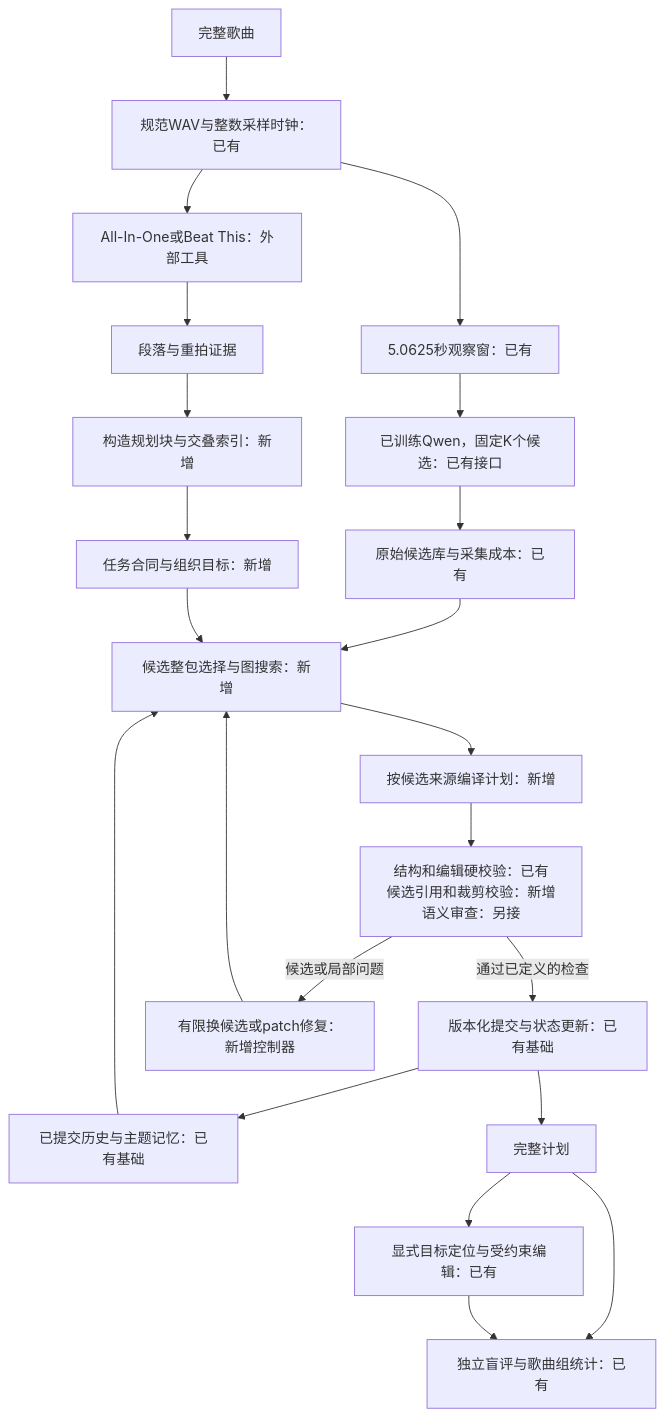
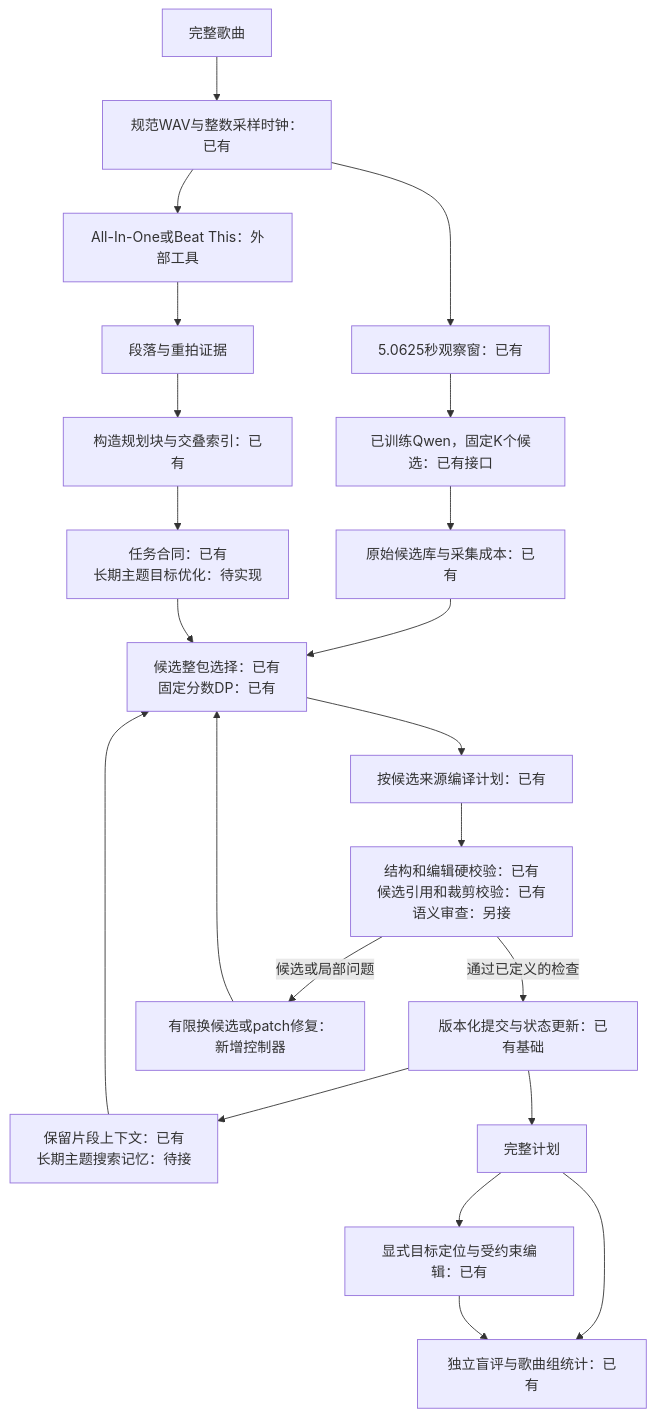
Before and after one commit to Anachronism-N/H3-posttrain: the diagram in choreobench/docs/HARNESS_DESIGN_zh.md, drawn with Mermaid. The commit also changed other lines of this file and 20 other files, not shown here.

````diff
--- a/choreobench/docs/HARNESS_DESIGN_zh.md
+++ b/choreobench/docs/HARNESS_DESIGN_zh.md
@@ -24,24 +24,24 @@
 ```mermaid
 flowchart TD
     A["完整歌曲"] --> B["规范WAV与整数采样时钟：已有"]
     B --> C["All-In-One或Beat This：外部工具"]
     C --> D["段落与重拍证据"]
-    D --> E["构造规划块与交叠索引：新增"]
+    D --> E["构造规划块与交叠索引：已有"]
     B --> F["5.0625秒观察窗：已有"]
     F --> G["已训练Qwen，固定K个候选：已有接口"]
     G --> H["原始候选库与采集成本：已有"]
-    E --> I["任务合同与组织目标：新增"]
-    H --> J["候选整包选择与图搜索：新增"]
+    E --> I["任务合同：已有<br/>长期主题目标优化：待实现"]
+    H --> J["候选整包选择：已有<br/>固定分数DP：已有"]
     I --> J
-    M["已提交历史与主题记忆：已有基础"] --> J
-    J --> K["按候选来源编译计划：新增"]
-    K --> L["结构和编辑硬校验：已有<br/>候选引用和裁剪校验：新增<br/>语义审查：另接"]
+    M["保留片段上下文：已有<br/>长期主题搜索记忆：待接"] --> J
+    J --> K["按候选来源编译计划：已有"]
+    K --> L["结构和编辑硬校验：已有<br/>候选引用和裁剪校验：已有<br/>语义审查：另接"]
     L -->|"通过已定义的检查"| N["版本化提交与状态更新：已有基础"]
     N --> M
     L -->|"候选或局部问题"| R["有限换候选或patch修复：新增控制器"]
     R --> J
     N --> O["完整计划"]
     O --> P["显式目标定位与受约束编辑：已有"]
     O --> Q["独立盲评与歌曲组统计：已有"]
     P --> Q
 ```
````
